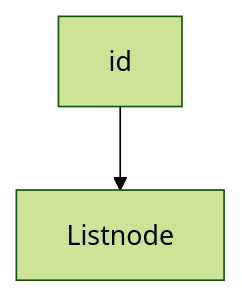
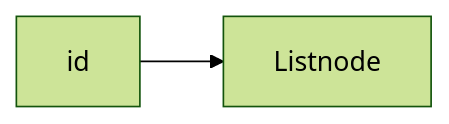
The second of 4 diagrams in projects/DrawTOP/README.md (Kaisyouu/SSE), drawn with Mermaid (forest theme) before and after one commit. The commit also changed other lines of this file and 13 other files, not shown here.

````diff
--- a/projects/DrawTOP/README.md
+++ b/projects/DrawTOP/README.md
@@ -152,4 +152,4 @@
       ```mermaid
-      graph TD;
+      graph LR;
       	id-->Listnode
       ```
````
